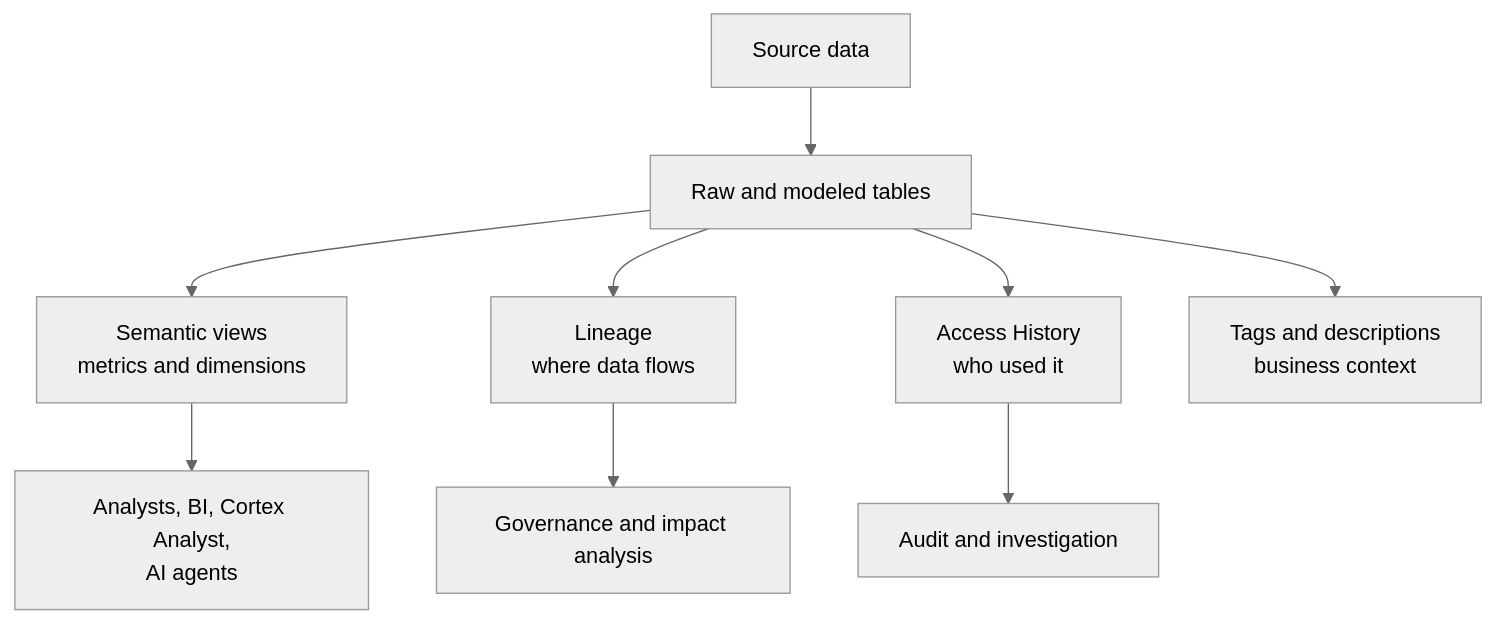
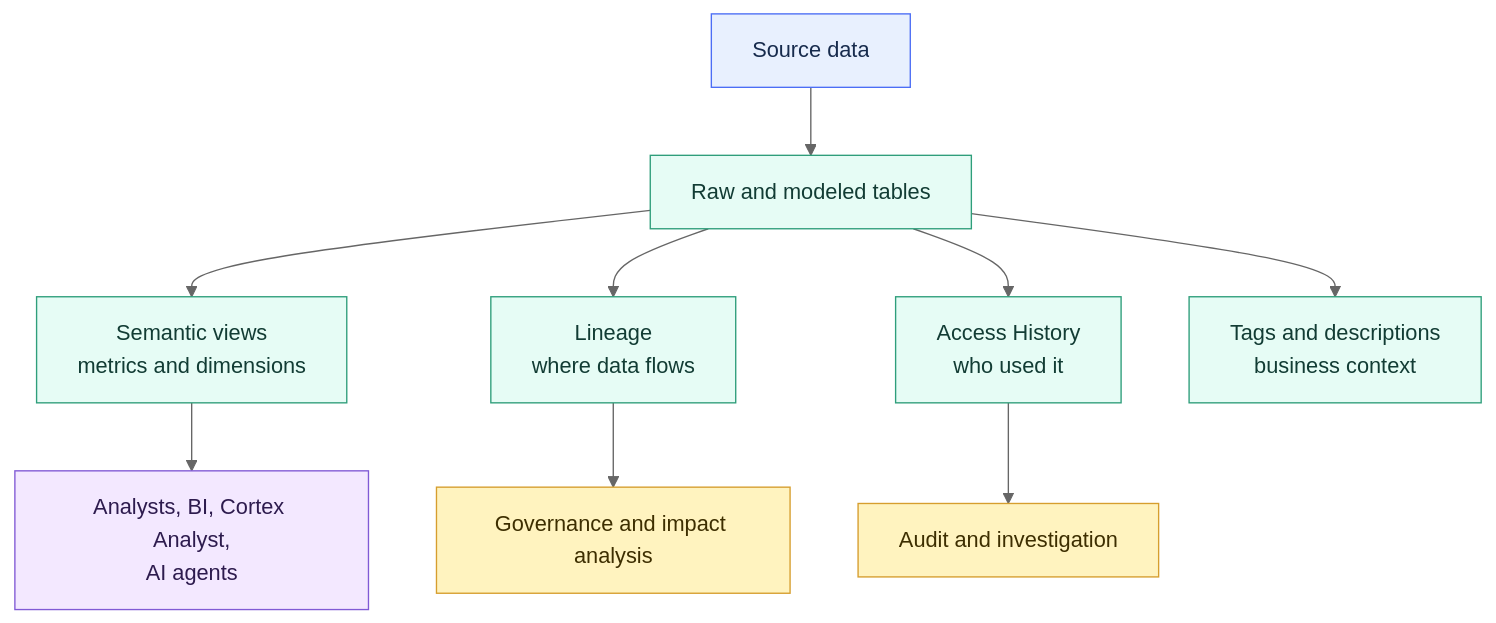
One commit to shonningsoy/Upskill changed the diagram in 01 Snowflake/08 Enterprise Snowflake in Production/54 Horizon Catalog, Lineage, and Access History.md. Above: the diagram before and after it, drawn with Mermaid (neutral theme). The commit also changed other lines of this file and 6 other files, not shown here.

````diff
--- a/01 Snowflake/08 Enterprise Snowflake in Production/54 Horizon Catalog, Lineage, and Access History.md
+++ b/01 Snowflake/08 Enterprise Snowflake in Production/54 Horizon Catalog, Lineage, and Access History.md
@@ -63,11 +64,22 @@
 ```mermaid
 flowchart TD
     SRC["Source data"] --> RAW["Raw and modeled tables"]
     RAW --> SEM["Semantic views<br/>metrics and dimensions"]
     RAW --> LINEAGE["Lineage<br/>where data flows"]
     RAW --> ACCESS["Access History<br/>who used it"]
     RAW --> TAGS["Tags and descriptions<br/>business context"]
     SEM --> USERS["Analysts, BI, Cortex Analyst,<br/>AI agents"]
     LINEAGE --> GOV["Governance and impact analysis"]
     ACCESS --> AUDIT["Audit and investigation"]
+
+    classDef input fill:#E8F0FE,stroke:#4C6EF5,color:#172B4D
+    classDef control fill:#FFF3BF,stroke:#D69E2E,color:#3D2E00
+    classDef snowflake fill:#E6FCF5,stroke:#2F9E7B,color:#123C34
+    classDef platform fill:#F1F3F5,stroke:#868E96,color:#212529
+    classDef output fill:#F3E8FF,stroke:#805AD5,color:#2D1B4E
+
+    class SRC input
+    class RAW,SEM,LINEAGE,ACCESS,TAGS snowflake
+    class GOV,AUDIT control
+    class USERS output
 ```
````
